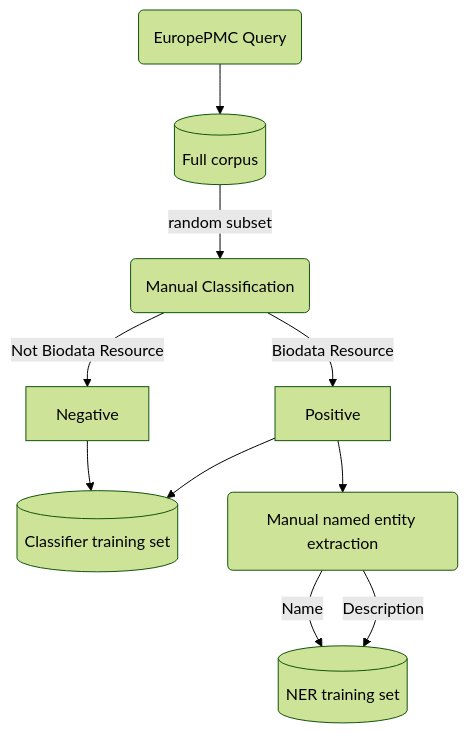
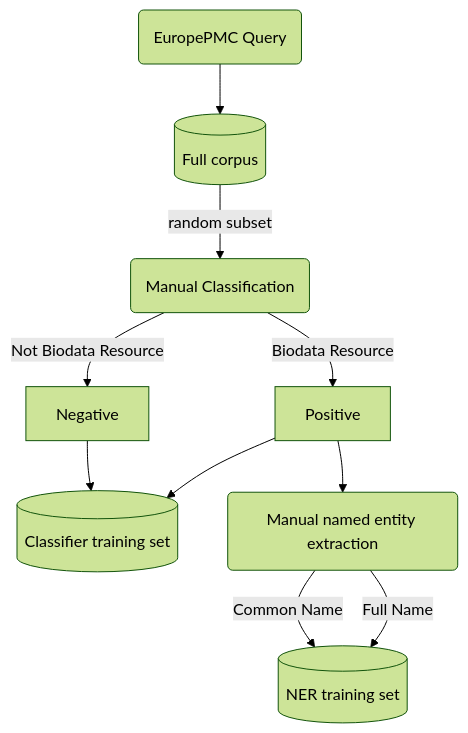
The first of 4 diagrams in README.md (globalbiodata/inventory_2022), drawn with Mermaid (forest theme) before and after one commit. The commit also changed other lines of this file, not shown here.

````diff
--- a/README.md
+++ b/README.md
@@ -11,12 +13,12 @@
 ```mermaid
 graph TD
     query(EuropePMC Query) --> corpus[(Full corpus)]
     corpus -- random subset--> manclass(Manual Classification);
     manclass -- Not Biodata Resource --> neg[Negative]
     manclass -- Biodata Resource --> pos[Positive]
     neg --> classtrain[(Classifier training set)]
     pos --> classtrain
     pos --> ner(Manual named entity extraction)
-    ner -- Name --> nertrain[(NER training set)]
-    ner -- Description --> nertrain
+    ner -- Common Name --> nertrain[(NER training set)]
+    ner -- Full Name --> nertrain
 ```
````
